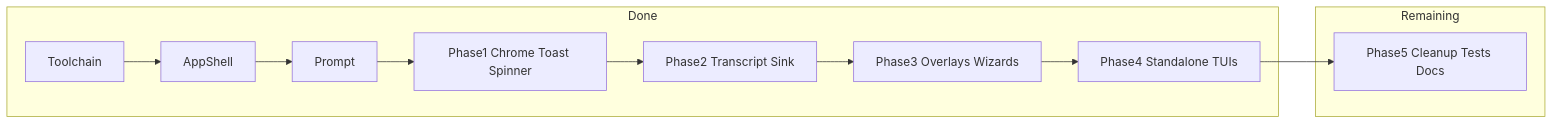
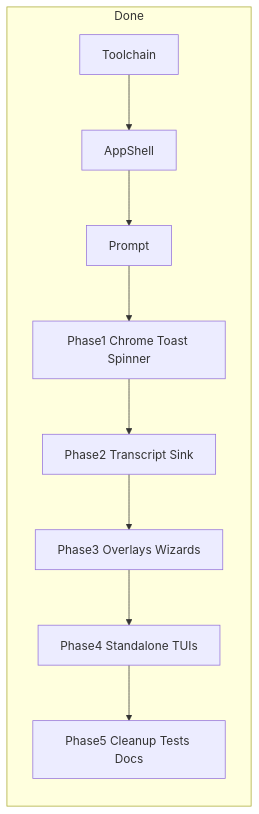
The diagram in docs/superpowers/specs/2026-08-04-opentui-solid-full-migration.md (amitkumardubey/praana), drawn with Mermaid before and after one commit. The commit also changed other lines of this file and 39 other files, not shown here.

````diff
--- a/docs/superpowers/specs/2026-08-04-opentui-solid-full-migration.md
+++ b/docs/superpowers/specs/2026-08-04-opentui-solid-full-migration.md
@@ -30,16 +28,14 @@
 ```mermaid
 flowchart LR
   subgraph done [Done]
     Toolchain
     AppShell
     Prompt
     P1[Phase1 Chrome Toast Spinner]
     P2[Phase2 Transcript Sink]
     P3[Phase3 Overlays Wizards]
     P4[Phase4 Standalone TUIs]
-  end
-  subgraph next [Remaining]
     P5[Phase5 Cleanup Tests Docs]
   end
   Toolchain --> AppShell --> Prompt --> P1 --> P2 --> P3 --> P4 --> P5
 ```
````
